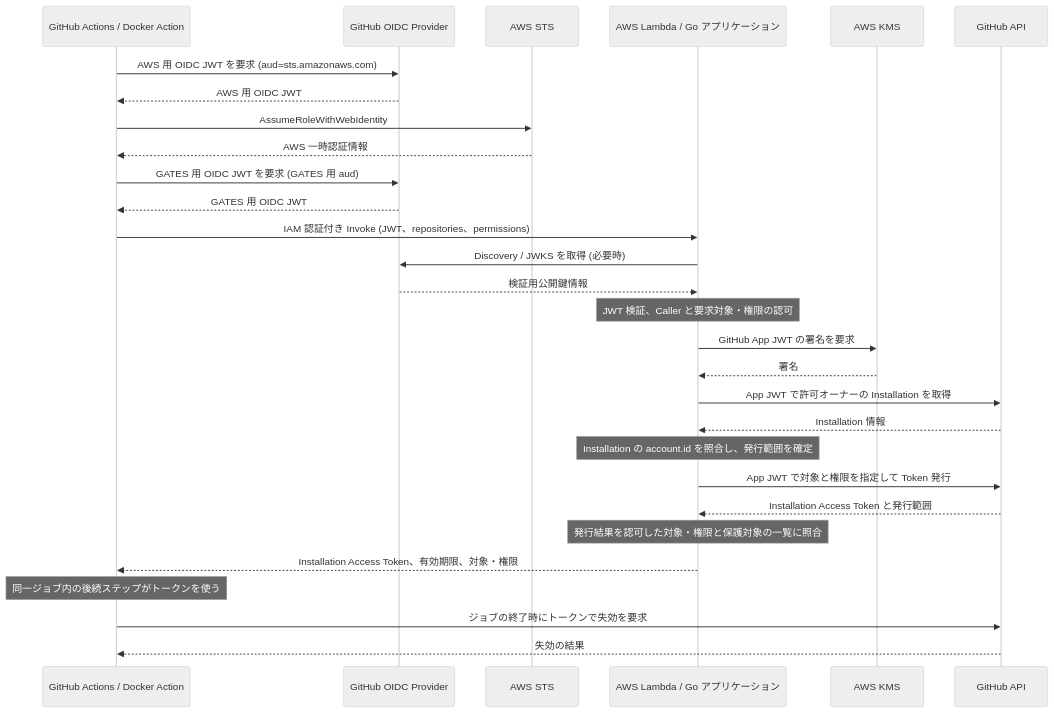
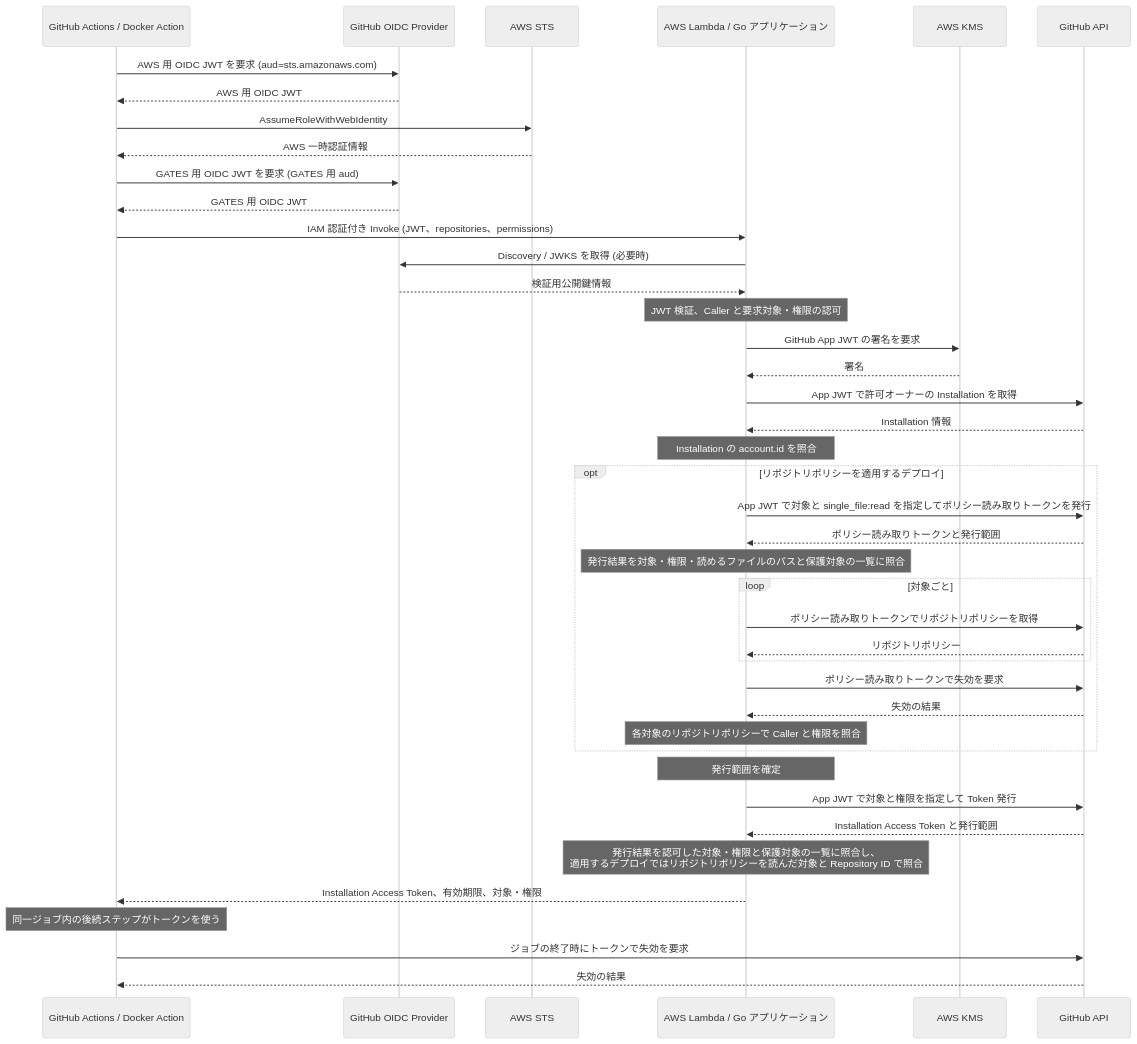
One commit to tmknom/gates changed the second of 2 diagrams in docs/design/architecture.md. Above: the diagram before and after it, drawn with Mermaid (neutral theme). The commit also changed other lines of this file and 7 other files, not shown here.

````diff
--- a/docs/design/architecture.md
+++ b/docs/design/architecture.md
@@ -67,31 +72,44 @@
 ```mermaid
 sequenceDiagram
   participant A as GitHub Actions / Docker Action
   participant O as GitHub OIDC Provider
   participant S as AWS STS
   participant L as AWS Lambda / Go アプリケーション
   participant K as AWS KMS
   participant G as GitHub API
   A->>O: AWS 用 OIDC JWT を要求 (aud=sts.amazonaws.com)
   O-->>A: AWS 用 OIDC JWT
   A->>S: AssumeRoleWithWebIdentity
   S-->>A: AWS 一時認証情報
   A->>O: GATES 用 OIDC JWT を要求 (GATES 用 aud)
   O-->>A: GATES 用 OIDC JWT
   A->>L: IAM 認証付き Invoke (JWT、repositories、permissions)
   L->>O: Discovery / JWKS を取得 (必要時)
   O-->>L: 検証用公開鍵情報
   Note over L: JWT 検証、Caller と要求対象・権限の認可
   L->>K: GitHub App JWT の署名を要求
   K-->>L: 署名
   L->>G: App JWT で許可オーナーの Installation を取得
   G-->>L: Installation 情報
-  Note over L: Installation の account.id を照合し、発行範囲を確定
+  Note over L: Installation の account.id を照合
+  opt リポジトリポリシーを適用するデプロイ
+    L->>G: App JWT で対象と single_file:read を指定してポリシー読み取りトークンを発行
+    G-->>L: ポリシー読み取りトークンと発行範囲
+    Note over L: 発行結果を対象・権限・読めるファイルのパスと保護対象の一覧に照合
+    loop 対象ごと
+      L->>G: ポリシー読み取りトークンでリポジトリポリシーを取得
+      G-->>L: リポジトリポリシー
+    end
+    L->>G: ポリシー読み取りトークンで失効を要求
+    G-->>L: 失効の結果
+    Note over L: 各対象のリポジトリポリシーで Caller と権限を照合
+  end
+  Note over L: 発行範囲を確定
   L->>G: App JWT で対象と権限を指定して Token 発行
   G-->>L: Installation Access Token と発行範囲
-  Note over L: 発行結果を認可した対象・権限と保護対象の一覧に照合
+  Note over L: 発行結果を認可した対象・権限と保護対象の一覧に照合し、<br/>適用するデプロイではリポジトリポリシーを読んだ対象と Repository ID で照合
   L-->>A: Installation Access Token、有効期限、対象・権限
   Note over A: 同一ジョブ内の後続ステップがトークンを使う
   A->>G: ジョブの終了時にトークンで失効を要求
   G-->>A: 失効の結果
 ```
````
